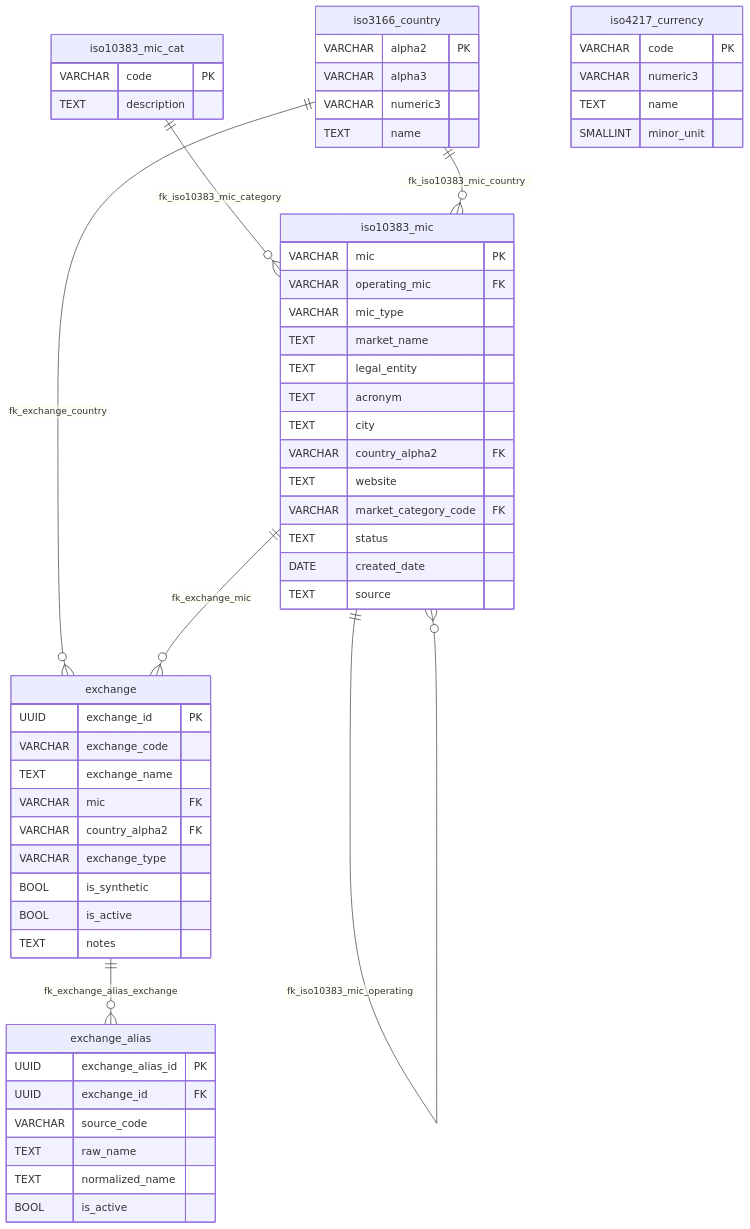
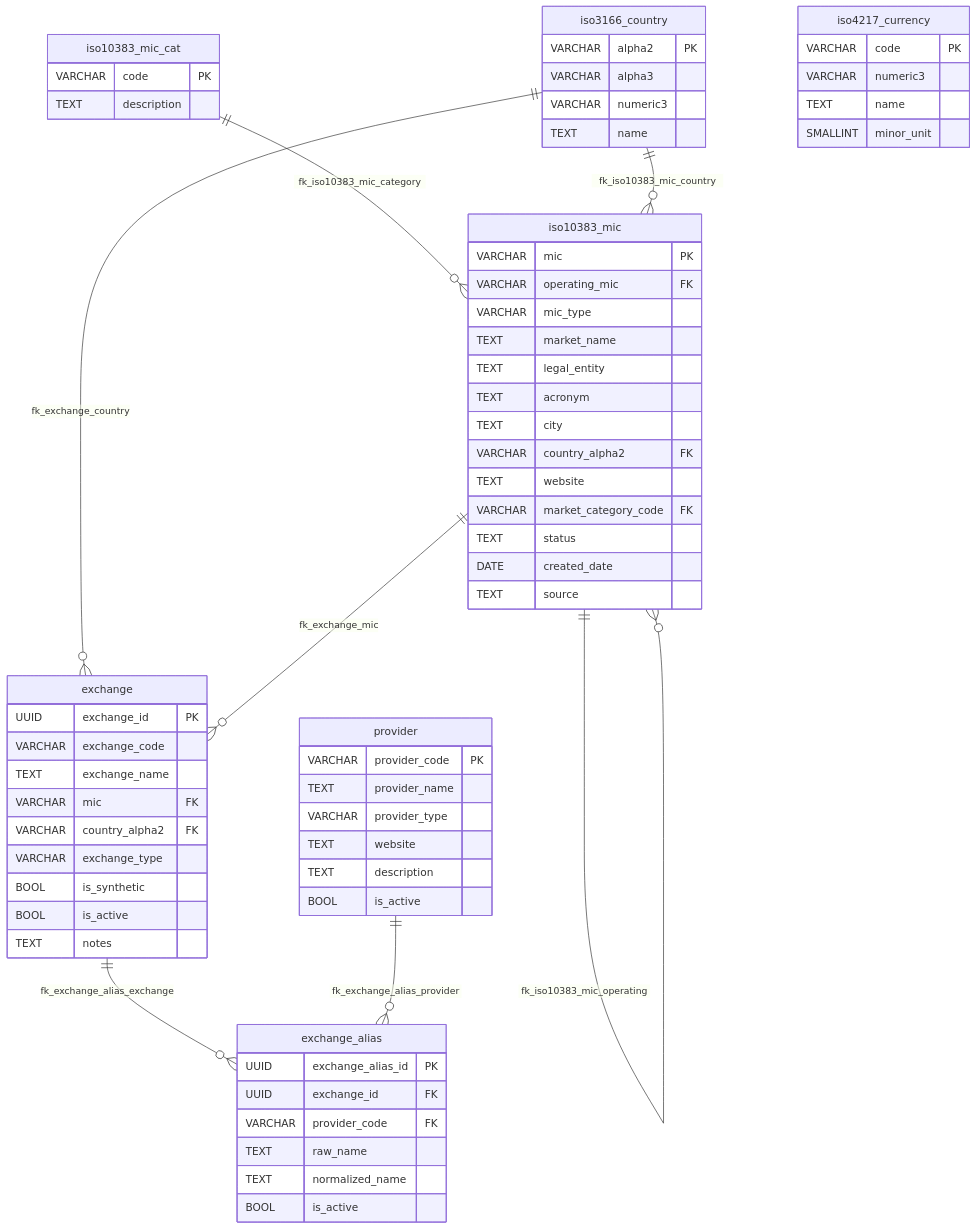
One commit to cmhettinger/empire changed the diagram in docs/db/stonks/generated/erd-groups/market-reference.md. Above: the diagram before and after it, drawn with Mermaid. The commit also changed 79 other files, not shown here.

````diff
--- a/docs/db/stonks/generated/erd-groups/market-reference.md
+++ b/docs/db/stonks/generated/erd-groups/market-reference.md
@@ -1,65 +1,75 @@
 ```mermaid
 erDiagram
   exchange {
     UUID exchange_id PK
     VARCHAR exchange_code
     TEXT exchange_name
     VARCHAR mic FK
     VARCHAR country_alpha2 FK
     VARCHAR exchange_type
     BOOL is_synthetic
     BOOL is_active
     TEXT notes
   }
 
   exchange_alias {
     UUID exchange_alias_id PK
     UUID exchange_id FK
-    VARCHAR source_code
+    VARCHAR provider_code FK
     TEXT raw_name
     TEXT normalized_name
     BOOL is_active
   }
 
   iso10383_mic {
     VARCHAR mic PK
     VARCHAR operating_mic FK
     VARCHAR mic_type
     TEXT market_name
     TEXT legal_entity
     TEXT acronym
     TEXT city
     VARCHAR country_alpha2 FK
     TEXT website
     VARCHAR market_category_code FK
     TEXT status
     DATE created_date
     TEXT source
   }
 
   iso10383_mic_cat {
     VARCHAR code PK
     TEXT description
   }
 
   iso3166_country {
     VARCHAR alpha2 PK
     VARCHAR alpha3
     VARCHAR numeric3
     TEXT name
   }
 
   iso4217_currency {
     VARCHAR code PK
     VARCHAR numeric3
     TEXT name
     SMALLINT minor_unit
   }
 
+  provider {
+    VARCHAR provider_code PK
+    TEXT provider_name
+    VARCHAR provider_type
+    TEXT website
+    TEXT description
+    BOOL is_active
+  }
+
   iso3166_country ||--o{ exchange : "fk_exchange_country"
   iso10383_mic ||--o{ exchange : "fk_exchange_mic"
   exchange ||--o{ exchange_alias : "fk_exchange_alias_exchange"
+  provider ||--o{ exchange_alias : "fk_exchange_alias_provider"
   iso10383_mic_cat ||--o{ iso10383_mic : "fk_iso10383_mic_category"
   iso3166_country ||--o{ iso10383_mic : "fk_iso10383_mic_country"
   iso10383_mic ||--o{ iso10383_mic : "fk_iso10383_mic_operating"
 ```
````
